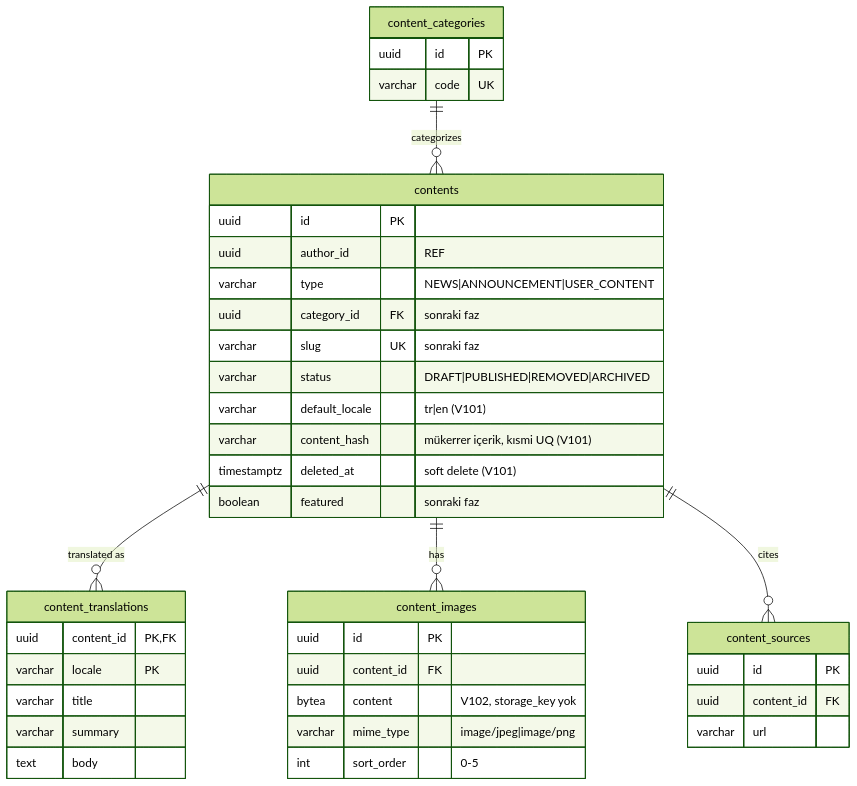
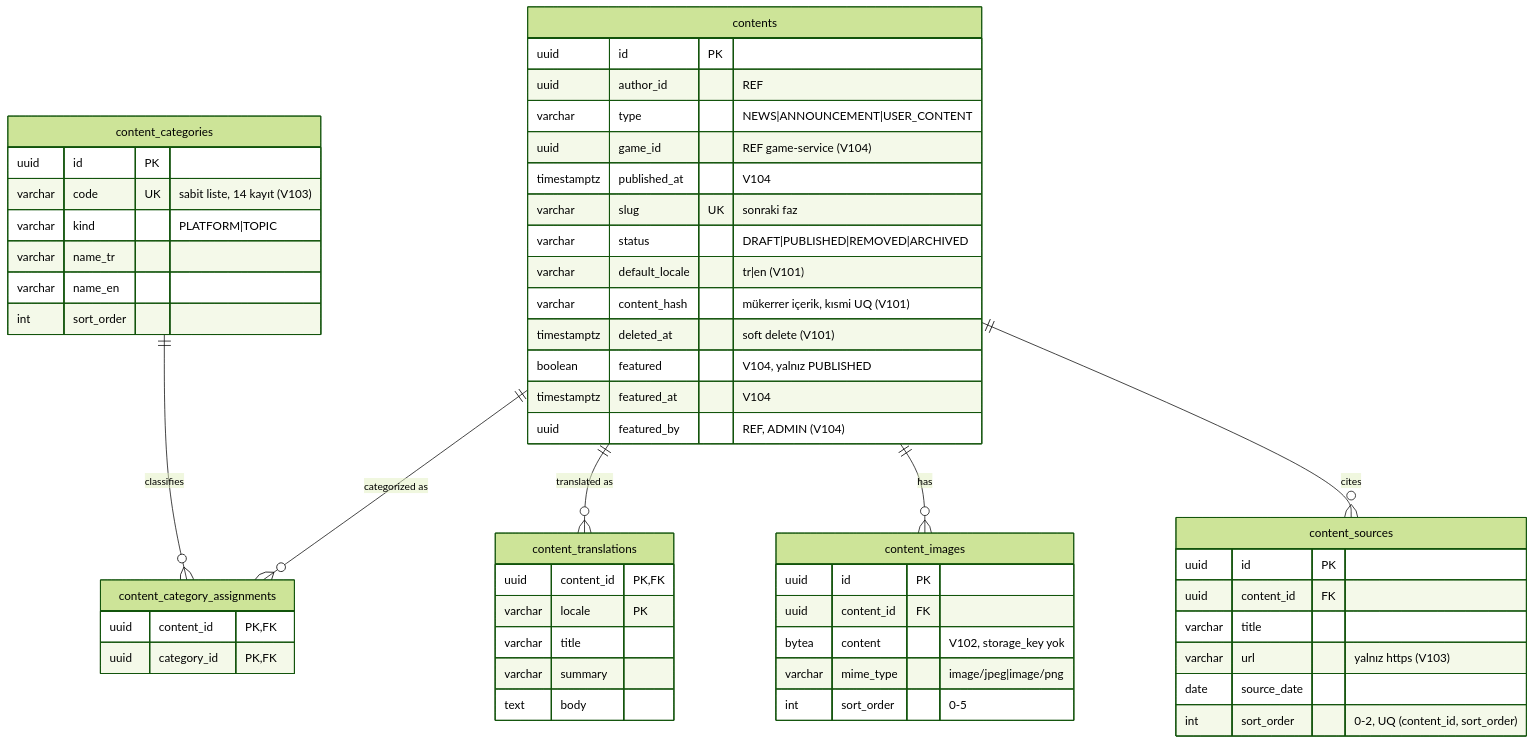
Before and after one commit to alperrte/lobbytwozero: diagram 17 of 31 in docs/er-diagram.md, drawn with Mermaid (forest theme). The commit also changed 84 other files, not shown here.

````diff
--- a/docs/er-diagram.md
+++ b/docs/er-diagram.md
@@ -867,43 +867,58 @@
 ```mermaid
 erDiagram
-  content_categories ||--o{ contents : categorizes
+  content_categories ||--o{ content_category_assignments : classifies
+  contents ||--o{ content_category_assignments : "categorized as"
   contents ||--o{ content_translations : "translated as"
   contents ||--o{ content_images : has
   contents ||--o{ content_sources : cites
 
   content_categories {
     uuid id PK
-    varchar code UK
+    varchar code UK "sabit liste, 14 kayıt (V103)"
+    varchar kind "PLATFORM|TOPIC"
+    varchar name_tr
+    varchar name_en
+    int sort_order
+  }
+  content_category_assignments {
+    uuid content_id PK,FK
+    uuid category_id PK,FK
   }
   contents {
     uuid id PK
     uuid author_id "REF"
     varchar type "NEWS|ANNOUNCEMENT|USER_CONTENT"
-    uuid category_id FK "sonraki faz"
+    uuid game_id "REF game-service (V104)"
+    timestamptz published_at "V104"
     varchar slug UK "sonraki faz"
     varchar status "DRAFT|PUBLISHED|REMOVED|ARCHIVED"
     varchar default_locale "tr|en (V101)"
     varchar content_hash "mükerrer içerik, kısmi UQ (V101)"
     timestamptz deleted_at "soft delete (V101)"
-    boolean featured "sonraki faz"
+    boolean featured "V104, yalnız PUBLISHED"
+    timestamptz featured_at "V104"
+    uuid featured_by "REF, ADMIN (V104)"
   }
   content_translations {
     uuid content_id PK,FK
     varchar locale PK
     varchar title
     varchar summary
     text body
   }
   content_images {
     uuid id PK
     uuid content_id FK
     bytea content "V102, storage_key yok"
     varchar mime_type "image/jpeg|image/png"
     int sort_order "0-5"
   }
   content_sources {
     uuid id PK
     uuid content_id FK
-    varchar url
+    varchar title
+    varchar url "yalnız https (V103)"
+    date source_date
+    int sort_order "0-2, UQ (content_id, sort_order)"
   }
 ```
````
